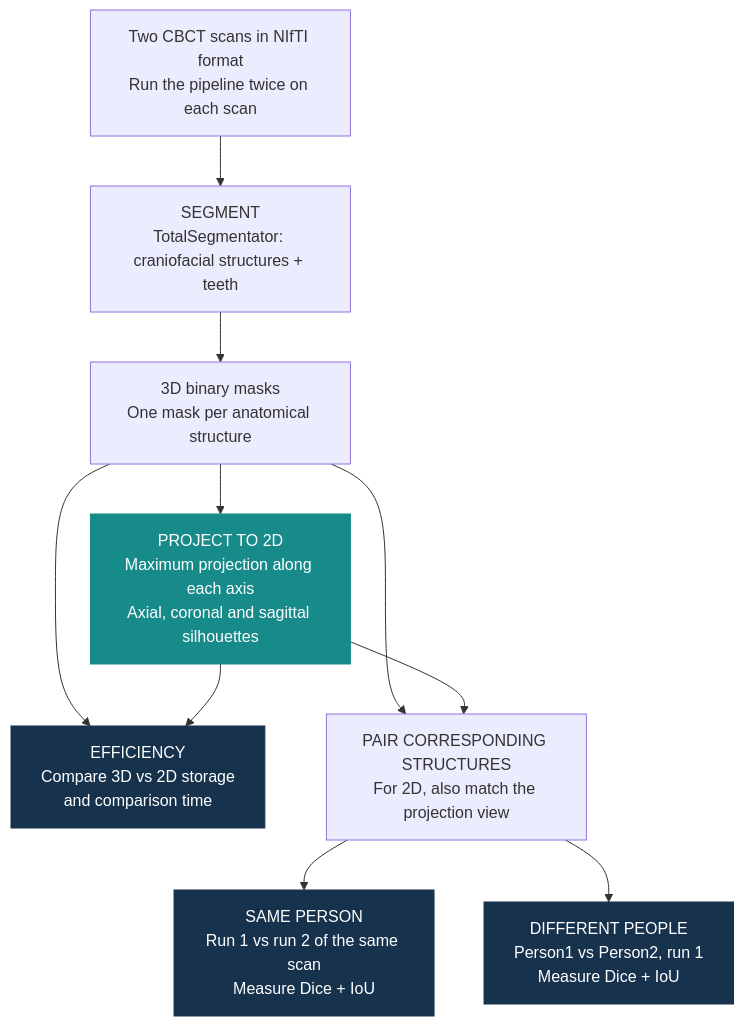
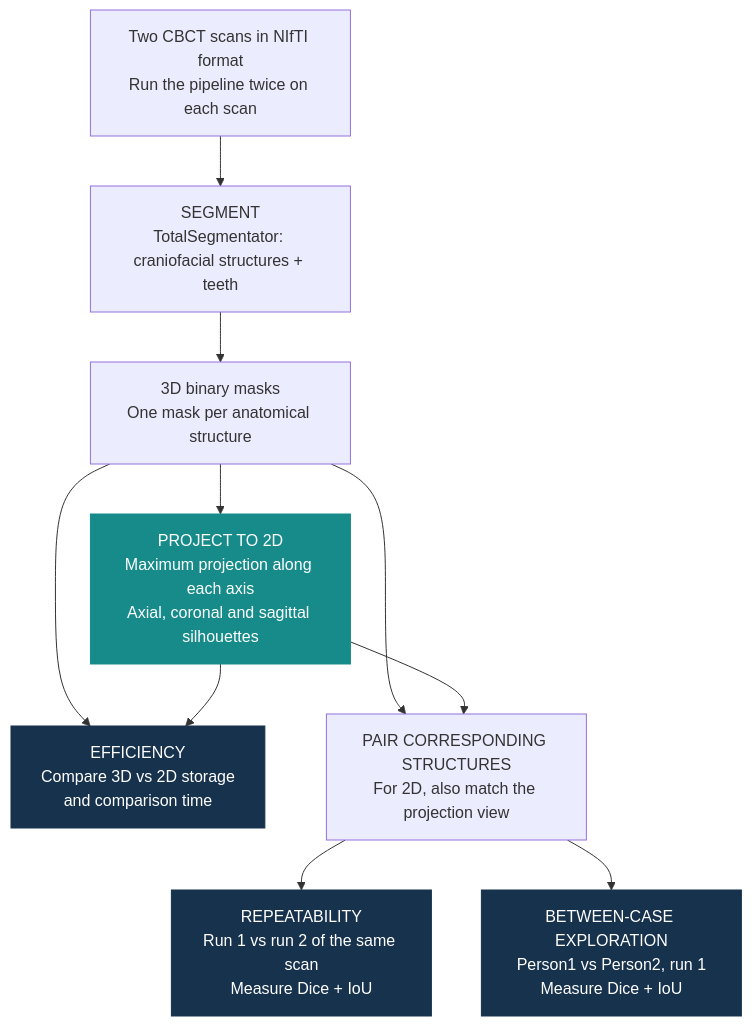
One commit to trungnb/3D-Craniofacial-Pipeline changed the diagram in README.md. Above: the diagram before and after it, drawn with Mermaid. The commit also changed other lines of this file, not shown here.

````diff
--- a/README.md
+++ b/README.md
@@ -22,16 +20,16 @@
 ```mermaid
 flowchart TD
     A["Two CBCT scans in NIfTI format<br/>Run the pipeline twice on each scan"] --> B["SEGMENT<br/>TotalSegmentator: craniofacial structures + teeth"]
     B --> C["3D binary masks<br/>One mask per anatomical structure"]
     C --> D["PROJECT TO 2D<br/>Maximum projection along each axis<br/>Axial, coronal and sagittal silhouettes"]
     C --> E["EFFICIENCY<br/>Compare 3D vs 2D storage<br/>and comparison time"]
     D --> E
     C --> F["PAIR CORRESPONDING STRUCTURES<br/>For 2D, also match the projection view"]
     D --> F
-    F --> G["SAME PERSON<br/>Run 1 vs run 2 of the same scan<br/>Measure Dice + IoU"]
-    F --> H["DIFFERENT PEOPLE<br/>Person1 vs Person2, run 1<br/>Measure Dice + IoU"]
+    F --> G["REPEATABILITY<br/>Run 1 vs run 2 of the same scan<br/>Measure Dice + IoU"]
+    F --> H["BETWEEN-CASE EXPLORATION<br/>Person1 vs Person2, run 1<br/>Measure Dice + IoU"]
     classDef compact fill:#168B8A,stroke:#168B8A,color:#FFFFFF
     classDef result fill:#17324D,stroke:#17324D,color:#FFFFFF
     class D compact
     class E,G,H result
 ```
````
